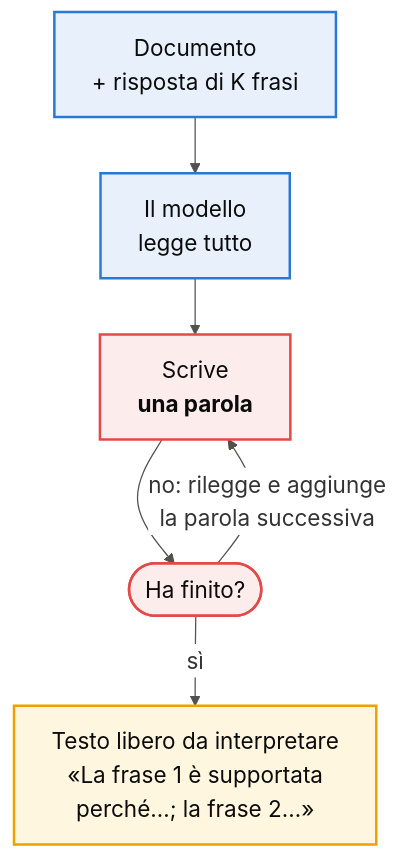
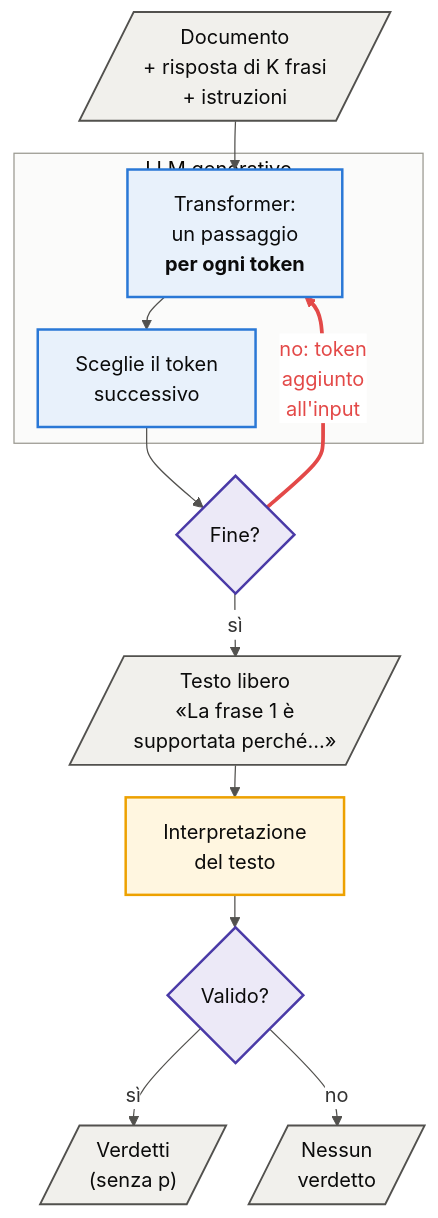
The diagram in Thesis_ita/images/diagrams/llm_autoregressive.mmd (frankydedo/GroundOne), drawn with Mermaid before and after one commit. The commit also changed 10 other files, not shown here.

Commit message:
Thesis_ita Ch. 1: System One vs LLM figure redrawn in TikZ (decisions in diamonds, I/O parallelograms, model components vs post-processing, autoregressive loop in red); mermaid sources kept

```diff
--- a/Thesis_ita/images/diagrams/llm_autoregressive.mmd
+++ b/Thesis_ita/images/diagrams/llm_autoregressive.mmd
@@ -1,13 +1,25 @@
-%%{init: {'theme':'base','flowchart':{'wrappingWidth':260,'nodeSpacing':35,'rankSpacing':45},'themeVariables':{'fontFamily':'Helvetica','fontSize':'18px','lineColor':'#52514e','edgeLabelBackground':'#ffffff'}}}%%
+%%{init: {'theme':'base','flowchart':{'wrappingWidth':300,'nodeSpacing':18,'rankSpacing':26,'diagramPadding':4},'themeVariables':{'fontFamily':'Helvetica','fontSize':'16px','lineColor':'#52514e','edgeLabelBackground':'#ffffff','clusterBkg':'#fbfbfa','clusterBorder':'#9a9890'}}}%%
 flowchart TB
-    A["Documento<br/>+ risposta di K frasi"] --> B["Il modello<br/>legge tutto"]
-    B --> C["Scrive<br/><b>una parola</b>"]
-    C --> D(["Ha finito?"])
-    D -- "no: rilegge e aggiunge<br/>la parola successiva" --> C
-    D -- sì --> E["Testo libero da interpretare<br/>«La frase 1 è supportata<br/>perché…; la frase 2…»"]
-    classDef read fill:#e8f1fb,stroke:#2a78d6,stroke-width:2px,color:#0b0b0b
-    classDef write fill:#fdecec,stroke:#e34948,stroke-width:2px,color:#0b0b0b
-    classDef out fill:#fff6e0,stroke:#eda100,stroke-width:2px,color:#0b0b0b
-    class A,B read
-    class C,D write
-    class E out
+    IN[/"Documento<br/>+ risposta di K frasi<br/>+ istruzioni"/]
+    subgraph M["LLM generativo"]
+        T["Transformer:<br/>un passaggio<br/><b>per ogni token</b>"]
+        S["Sceglie il token<br/>successivo"]
+        T --> S
+    end
+    IN --> T
+    S --> D{"Fine?"}
+    D -- "no: token<br/>aggiunto<br/>all'input" --> T
+    D -- sì --> TXT[/"Testo libero<br/>«La frase 1 è<br/>supportata perché…»"/]
+    TXT --> P["Interpretazione<br/>del testo"]
+    P --> F{"Valido?"}
+    F -- sì --> O1[/"Verdetti<br/>(senza p)"/]
+    F -- no --> O2[/"Nessun<br/>verdetto"/]
+    classDef io fill:#f1f0ec,stroke:#52514e,stroke-width:1.5px,color:#0b0b0b
+    classDef model fill:#e8f1fb,stroke:#2a78d6,stroke-width:2px,color:#0b0b0b
+    classDef post fill:#fff6e0,stroke:#eda100,stroke-width:2px,color:#0b0b0b
+    classDef decision fill:#ece9f7,stroke:#4a3aa7,stroke-width:2px,color:#0b0b0b
+    class IN,TXT,O1,O2 io
+    class T,S model
+    class P post
+    class D,F decision
+    linkStyle 3 stroke:#e34948,stroke-width:3px,color:#e34948
```
